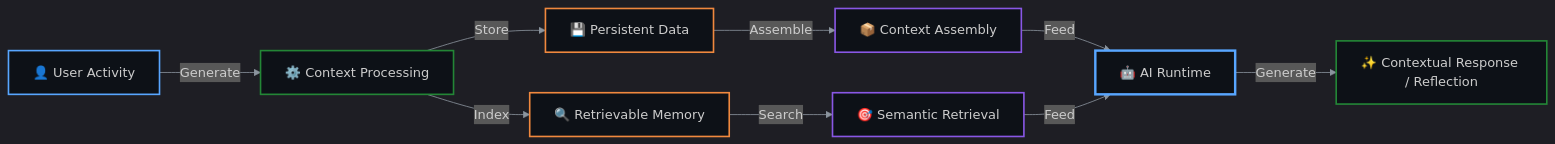
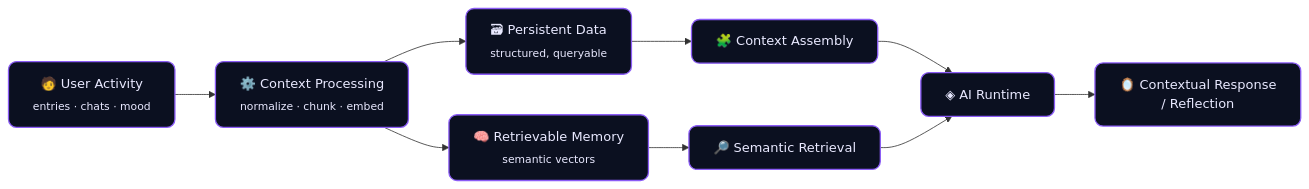
The fifth of 8 diagrams in README.md (datascyther/Jouspace), drawn with Mermaid before and after one commit. The commit also changed other lines of this file, not shown here.

````diff
--- a/README.md
+++ b/README.md
@@ -408,25 +553,14 @@
 ```mermaid
-%%{init: {'theme': 'dark', 'themeVariables': { 'primaryColor': '#58a6ff', 'primaryTextColor': '#c9d1d9', 'primaryBorderColor': '#30363d', 'lineColor': '#8b949e', 'secondaryColor': '#161b22', 'tertiaryColor': '#21262d'}}}%%
 flowchart LR
+    A["🧑 User Activity<br/><sub>entries · chats · mood</sub>"] --> B["⚙️ Context Processing<br/><sub>normalize · chunk · embed</sub>"]
+    B --> C["🗃 Persistent Data<br/><sub>structured, queryable</sub>"]
+    B --> D["🧠 Retrievable Memory<br/><sub>semantic vectors</sub>"]
+    C --> E["🧩 Context Assembly"]
+    D --> F["🔎 Semantic Retrieval"]
+    E --> G["◈ AI Runtime"]
+    F --> G
+    G --> H["🪞 Contextual Response<br/>/ Reflection"]
 
-    A["👤 User Activity"] -->|"Generate"| B["⚙️ Context Processing"]
-    B -->|"Store"| C["💾 Persistent Data"]
-    B -->|"Index"| D["🔍 Retrievable Memory"]
-
-    C -->|"Assemble"| E["📦 Context Assembly"]
-    D -->|"Search"| F["🎯 Semantic Retrieval"]
-
-    E -->|"Feed"| G["🤖 AI Runtime"]
-    F -->|"Feed"| G
-
-    G -->|"Generate"| H["✨ Contextual Response / Reflection"]
-
-    style A fill:#0d1117,stroke:#58a6ff,stroke-width:2px
-    style B fill:#0d1117,stroke:#238636,stroke-width:2px
-    style C fill:#0d1117,stroke:#f0883e,stroke-width:2px
-    style D fill:#0d1117,stroke:#f0883e,stroke-width:2px
-    style E fill:#0d1117,stroke:#8957e5,stroke-width:2px
-    style F fill:#0d1117,stroke:#8957e5,stroke-width:2px
-    style G fill:#0d1117,stroke:#58a6ff,stroke-width:3px
-    style H fill:#0d1117,stroke:#238636,stroke-width:2px
+    classDef n fill:#0B1020,stroke:#8B5CF6,stroke-width:1.6px,color:#E9E9FF,rx:10,ry:10;
+    class A,B,C,D,E,F,G,H n;
 ```
````
